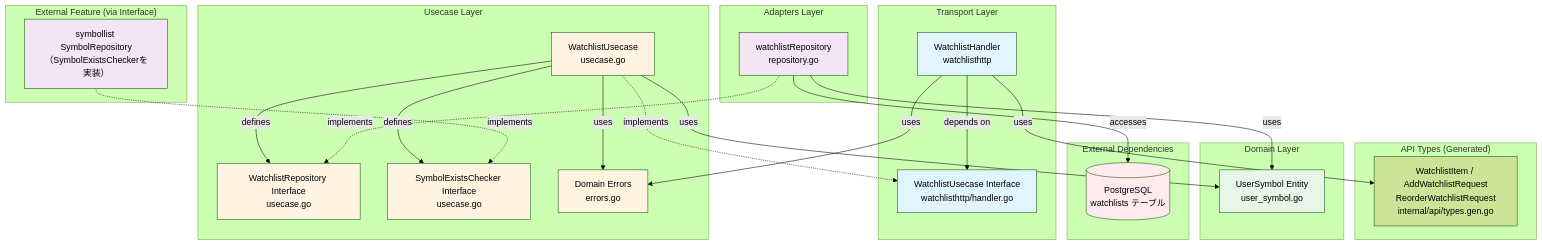
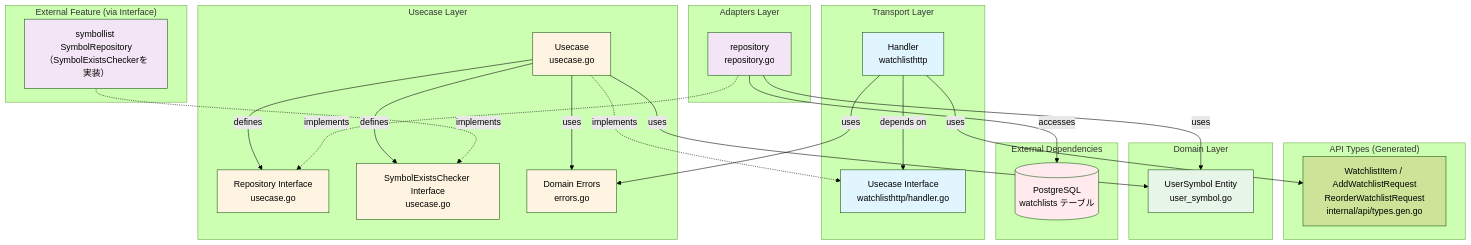
The fourth of 4 diagrams in internal/feature/watchlist/README.md (UCHIDAnobuhiro/stock_backend), drawn with Mermaid (forest theme) before and after one commit. The commit also changed other lines of this file and 41 other files, not shown here.

````diff
--- a/internal/feature/watchlist/README.md
+++ b/internal/feature/watchlist/README.md
@@ -195,58 +195,58 @@
 ```mermaid
 graph TB
     subgraph "Transport Layer"
-        Handler[WatchlistHandler<br/>watchlisthttp]
-        UCInterface[WatchlistUsecase Interface<br/>watchlisthttp/handler.go]
+        Handler[Handler<br/>watchlisthttp]
+        UCInterface[Usecase Interface<br/>watchlisthttp/handler.go]
     end
 
     subgraph "API Types (Generated)"
         APITypes[WatchlistItem / AddWatchlistRequest<br/>ReorderWatchlistRequest<br/>internal/api/types.gen.go]
     end
 
     subgraph "Usecase Layer"
-        WatchlistUC[WatchlistUsecase<br/>usecase.go]
-        RepoInterface[WatchlistRepository Interface<br/>usecase.go]
+        WatchlistUC[Usecase<br/>usecase.go]
+        RepoInterface[Repository Interface<br/>usecase.go]
         SymbolInterface[SymbolExistsChecker Interface<br/>usecase.go]
         Errors[Domain Errors<br/>errors.go]
     end
 
     subgraph "Domain Layer"
         Entity[UserSymbol Entity<br/>user_symbol.go]
     end
 
     subgraph "Adapters Layer"
-        RepoImpl[watchlistRepository<br/>repository.go]
+        RepoImpl[repository<br/>repository.go]
     end
 
     subgraph "External Feature (via Interface)"
         SymbolChecker[symbollist SymbolRepository<br/>（SymbolExistsCheckerを実装）]
     end
 
     subgraph "External Dependencies"
         DB[(PostgreSQL<br/>watchlists テーブル)]
     end
 
     Handler -->|depends on| UCInterface
     Handler -->|uses| APITypes
     Handler -->|uses| Errors
     WatchlistUC -.->|implements| UCInterface
     WatchlistUC -->|defines| RepoInterface
     WatchlistUC -->|defines| SymbolInterface
     WatchlistUC -->|uses| Entity
     WatchlistUC -->|uses| Errors
     RepoImpl -.->|implements| RepoInterface
     RepoImpl -->|uses| Entity
     RepoImpl -->|accesses| DB
     SymbolChecker -.->|implements| SymbolInterface
 
     style Handler fill:#e1f5ff
     style UCInterface fill:#e1f5ff
     style WatchlistUC fill:#fff4e1
     style RepoInterface fill:#fff4e1
     style SymbolInterface fill:#fff4e1
     style Errors fill:#fff4e1
     style Entity fill:#e8f5e9
     style RepoImpl fill:#f3e5f5
     style DB fill:#ffebee
     style SymbolChecker fill:#f3e5f5
 ```
````
